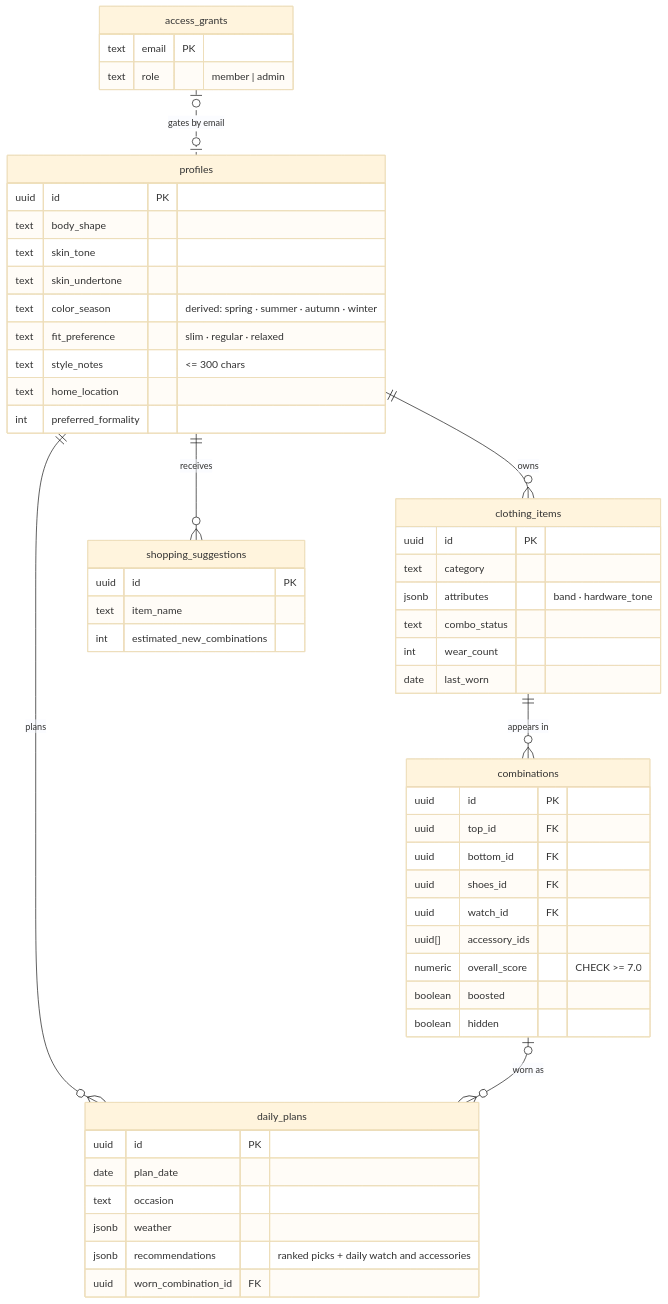
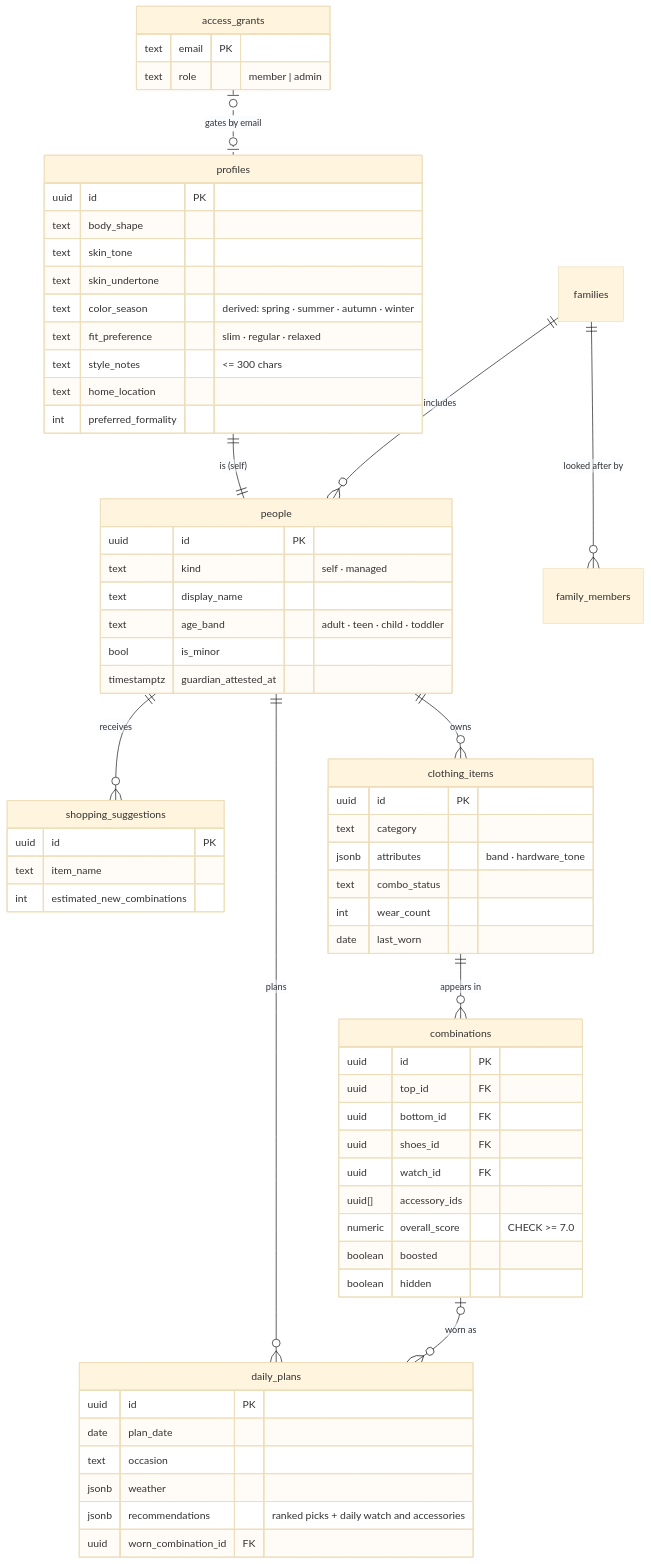
The sixth of 6 diagrams in README.md (roldanalex/fashion-helper-app), drawn with Mermaid (base theme) before and after one commit. The commit also changed other lines of this file and 219 other files, not shown here.

````diff
--- a/README.md
+++ b/README.md
@@ -328,57 +362,68 @@
 ```mermaid
 erDiagram
-    profiles ||--o{ clothing_items : owns
-    profiles ||--o{ daily_plans : plans
-    profiles ||--o{ shopping_suggestions : receives
+    profiles ||--|| people : "is (self)"
+    people ||--o{ daily_plans : plans
+    people ||--o{ shopping_suggestions : receives
     clothing_items ||--o{ combinations : "appears in"
     combinations |o--o{ daily_plans : "worn as"
     access_grants |o..o| profiles : "gates by email"
 
+    families ||--o{ people : includes
+    families ||--o{ family_members : "looked after by"
+    people ||--o{ clothing_items : owns
+    people {
+        uuid id PK
+        text kind "self · managed"
+        text display_name
+        text age_band "adult · teen · child · toddler"
+        bool is_minor
+        timestamptz guardian_attested_at
+    }
     profiles {
         uuid id PK
         text body_shape
         text skin_tone
         text skin_undertone
         text color_season "derived: spring · summer · autumn · winter"
         text fit_preference "slim · regular · relaxed"
         text style_notes "<= 300 chars"
         text home_location
         int preferred_formality
     }
     clothing_items {
         uuid id PK
         text category
         jsonb attributes "band · hardware_tone"
         text combo_status
         int wear_count
         date last_worn
     }
     combinations {
         uuid id PK
         uuid top_id FK
         uuid bottom_id FK
         uuid shoes_id FK
         uuid watch_id FK
         uuid[] accessory_ids
         numeric overall_score "CHECK >= 7.0"
         boolean boosted
         boolean hidden
     }
     daily_plans {
         uuid id PK
         date plan_date
         text occasion
         jsonb weather
         jsonb recommendations "ranked picks + daily watch and accessories"
         uuid worn_combination_id FK
     }
     shopping_suggestions {
         uuid id PK
         text item_name
         int estimated_new_combinations
     }
     access_grants {
         text email PK
         text role "member | admin"
     }
 ```
````
